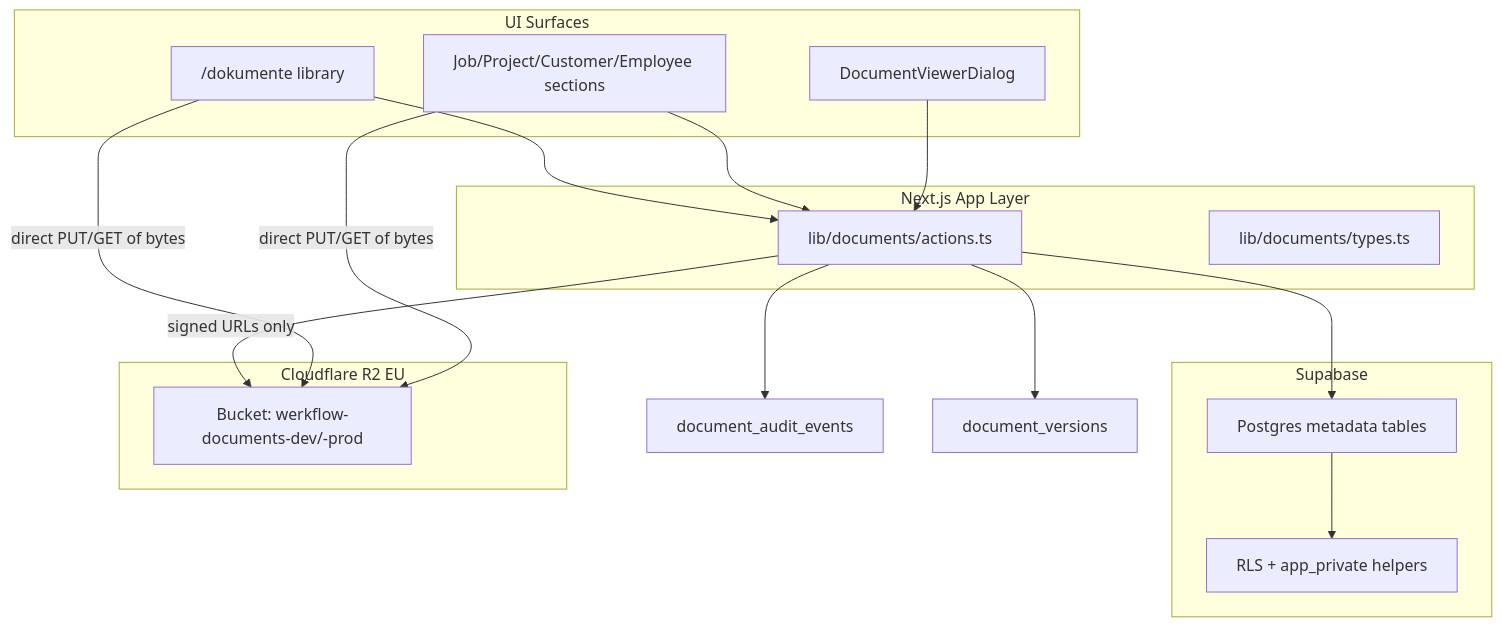
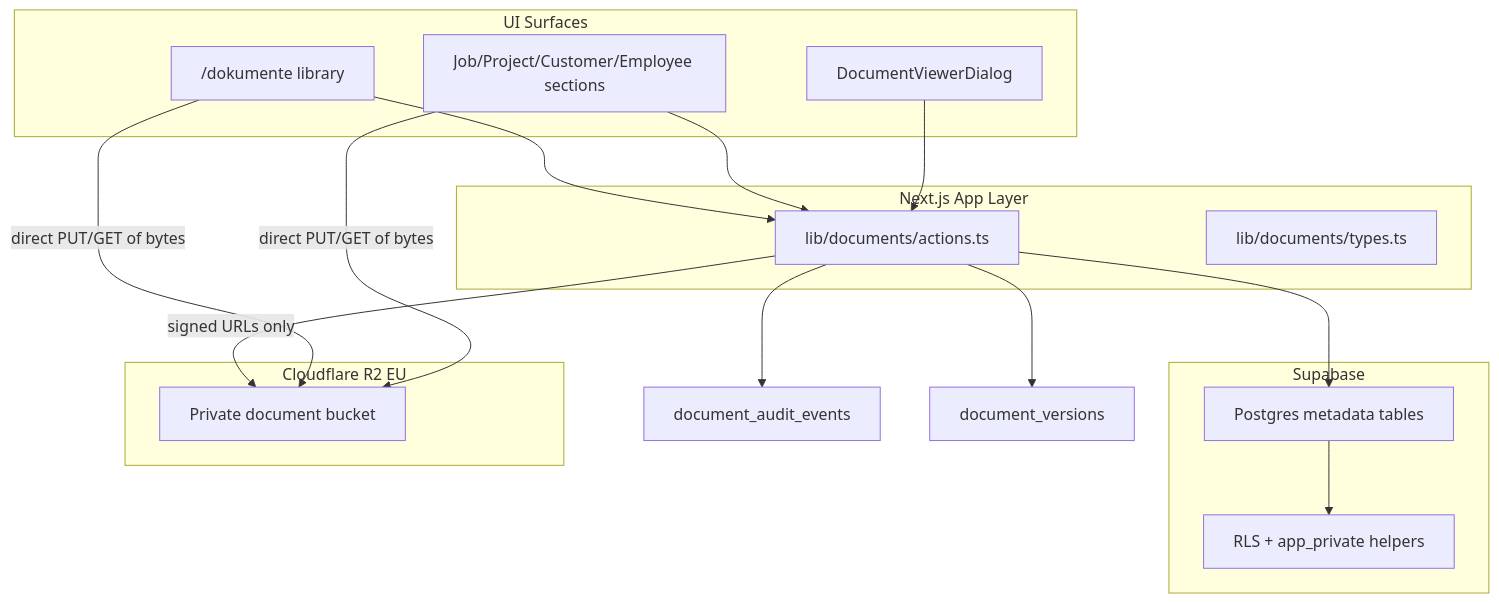
Before and after one commit to werk-flow/werkflow-app: the diagram in docs/technical/document-storage-and-access.md, drawn with Mermaid. The commit also changed other lines of this file and 307 other files, not shown here.

````diff
--- a/docs/technical/document-storage-and-access.md
+++ b/docs/technical/document-storage-and-access.md
@@ -9,33 +9,33 @@
 ```mermaid
 flowchart TB
   subgraph ui [UI Surfaces]
     Library["/dokumente library"]
     Context["Job/Project/Customer/Employee sections"]
     Viewer["DocumentViewerDialog"]
   end
 
   subgraph app [Next.js App Layer]
     Actions["lib/documents/actions.ts"]
     Types["lib/documents/types.ts"]
   end
 
   subgraph data [Supabase]
     Meta["Postgres metadata tables"]
     RLS["RLS + app_private helpers"]
   end
 
   subgraph storage [Cloudflare R2 EU]
-    R2["Bucket: werkflow-documents-dev/-prod"]
+    R2["Private document bucket"]
   end
 
   Library --> Actions
   Context --> Actions
   Viewer --> Actions
   Actions --> Meta
   Actions -->|"signed URLs only"| R2
   Library -->|"direct PUT/GET of bytes"| R2
   Context -->|"direct PUT/GET of bytes"| R2
   Meta --> RLS
   Actions --> Audit["document_audit_events"]
   Actions --> Versions["document_versions"]
 ```
````
